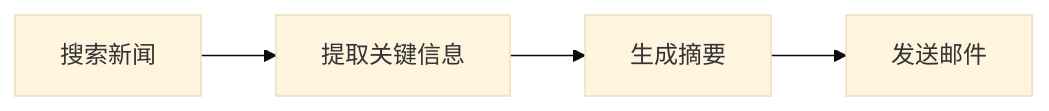
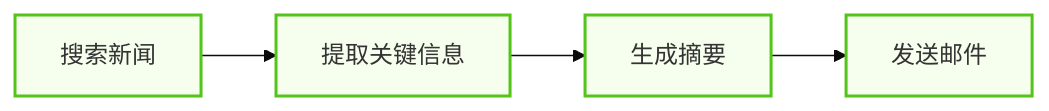
One commit to yeasy/agentic_ai_guide changed the fourth of 5 diagrams in 04_tools/4.1_overview.md. Above: the diagram before and after it, drawn with Mermaid (base theme). The commit also changed other lines of this file and 36 other files, not shown here.

````diff
--- a/04_tools/4.1_overview.md
+++ b/04_tools/4.1_overview.md
@@ -437,6 +464,11 @@
 ```mermaid
 graph LR
+    %% Agentic Design System
+    classDef tool fill:#f6ffed,stroke:#52c41a,stroke-width:2px;
+
     A[搜索新闻] --> B[提取关键信息]
     B --> C[生成摘要]
     C --> D[发送邮件]
+    
+    class A,B,C,D tool;
 ```
````
